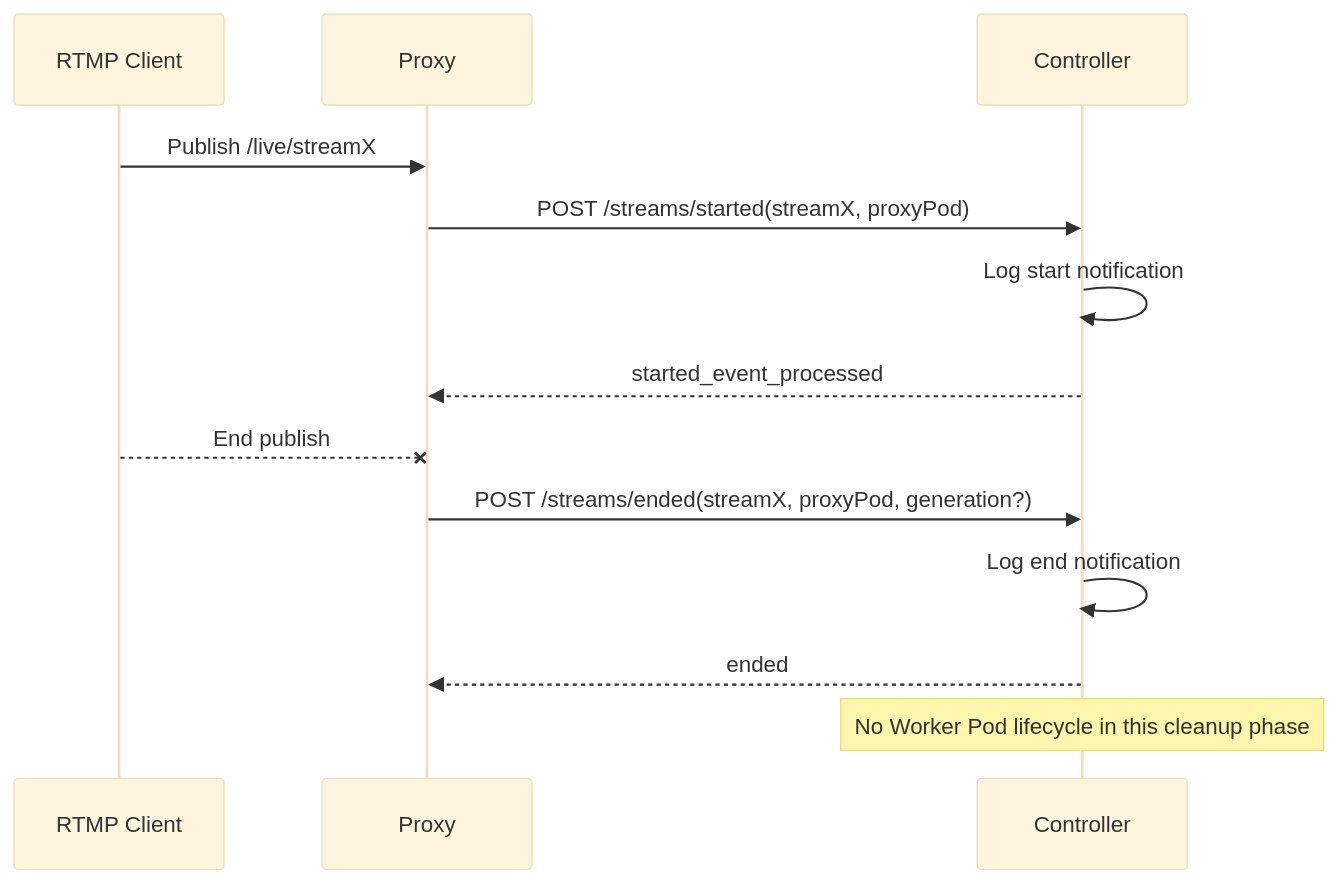
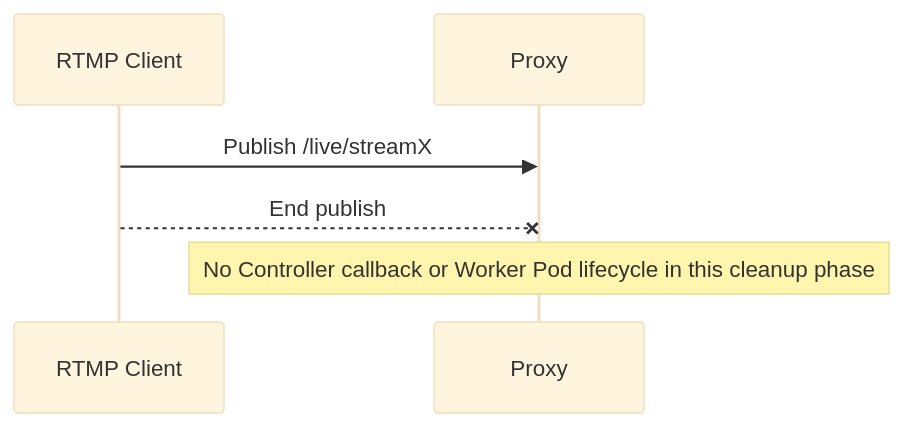
One commit to JadsonLucena/LiveEdgeCast changed the diagram in diagrams/sequence.mmd. Above: the diagram before and after it, drawn with Mermaid (base theme). The commit also changed 11 other files, not shown here.

Commit message:
refactor(streams): remove imperative lifecycle callbacks

```diff
--- a/diagrams/sequence.mmd
+++ b/diagrams/sequence.mmd
@@ -1,16 +1,8 @@
 sequenceDiagram
     participant C as RTMP Client
     participant P as Proxy
-    participant A as Controller
 
     C->>P: Publish /live/streamX
-    P->>A: POST /streams/started(streamX, proxyPod)
-    A->>A: Log start notification
-    A-->>P: started_event_processed
+    C--xP: End publish
 
-    C--xP: End publish
-    P->>A: POST /streams/ended(streamX, proxyPod, generation?)
-    A->>A: Log end notification
-    A-->>P: ended
-
-    Note over A: No Worker Pod lifecycle in this cleanup phase
+    Note over P: No Controller callback or Worker Pod lifecycle in this cleanup phase
```
